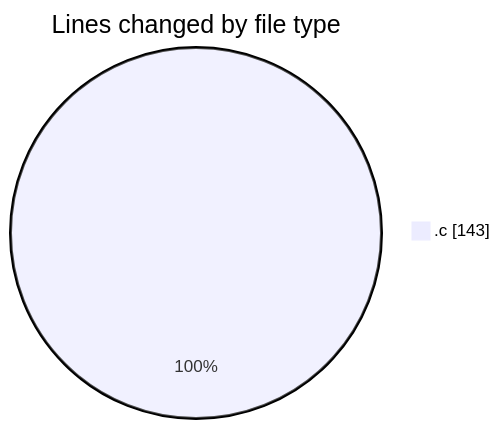
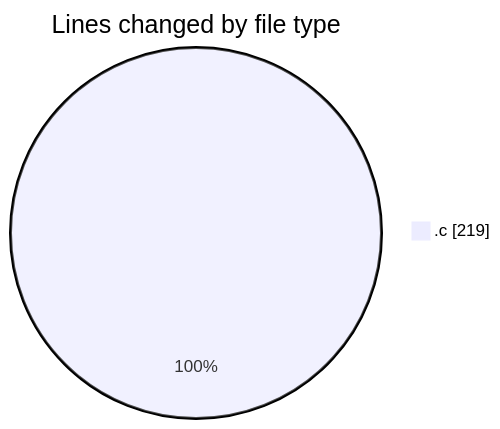
Before and after one commit to Ritupan-Deka/code-tracking: the first of 2 diagrams in 2025-01-26/search/README.md, drawn with Mermaid. The commit also changed other lines of this file and 1 other file, not shown here.

````diff
--- a/2025-01-26/search/README.md
+++ b/2025-01-26/search/README.md
@@ -20,5 +20,5 @@
 ```mermaid
 pie showData
 title Lines changed by file type
-".c" : 143
+".c" : 219
 ```
````
